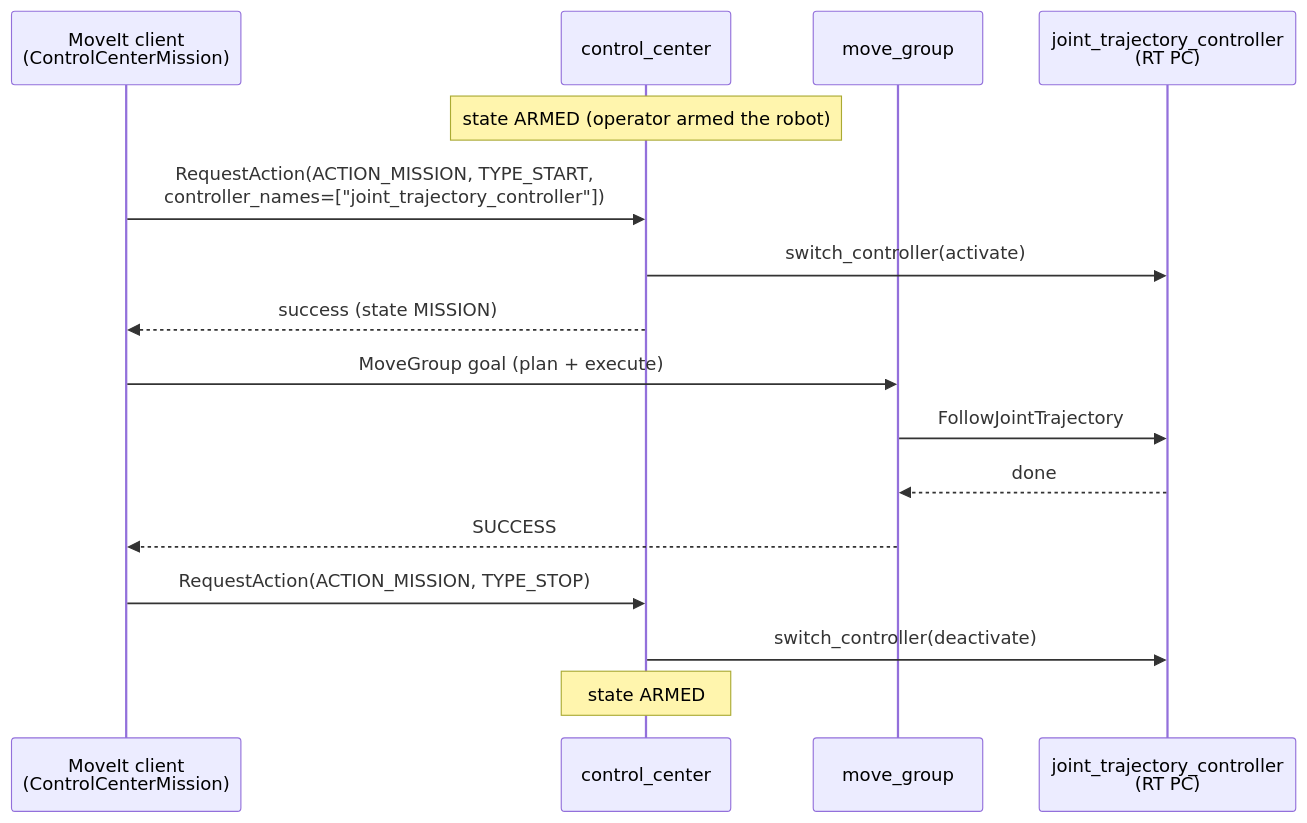
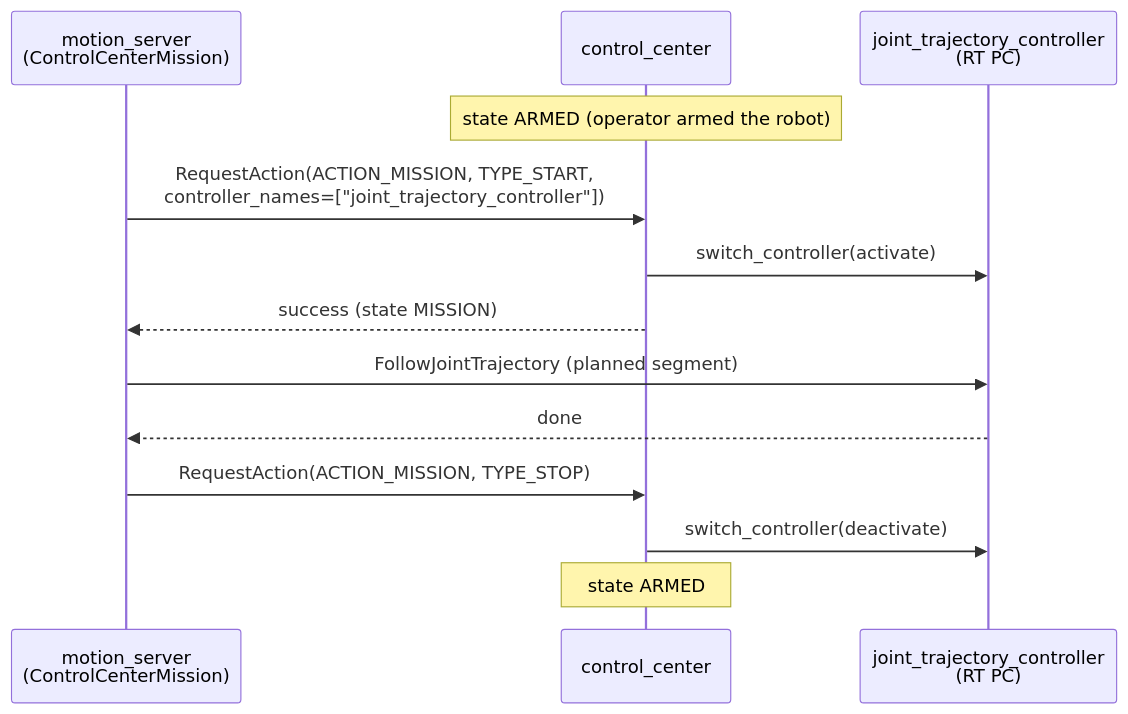
Before and after one commit to ruben01egle/robotarm_core: the second of 2 diagrams in src/robotarm_motion/README.md, drawn with Mermaid. The commit also changed other lines of this file and 12 other files, not shown here.

First line of the commit message:
robotarm_motion: goals file, programs, motion CLI and motion_server

````diff
--- a/src/robotarm_motion/README.md
+++ b/src/robotarm_motion/README.md
@@ -26,18 +212,15 @@
 ```mermaid
 sequenceDiagram
-    participant C as MoveIt client<br/>(ControlCenterMission)
+    participant C as motion_server<br/>(ControlCenterMission)
     participant CC as control_center
-    participant MG as move_group
     participant JTC as joint_trajectory_controller<br/>(RT PC)
     Note over CC: state ARMED (operator armed the robot)
     C->>CC: RequestAction(ACTION_MISSION, TYPE_START,<br/>controller_names=["joint_trajectory_controller"])
     CC->>JTC: switch_controller(activate)
     CC-->>C: success (state MISSION)
-    C->>MG: MoveGroup goal (plan + execute)
-    MG->>JTC: FollowJointTrajectory
-    JTC-->>MG: done
-    MG-->>C: SUCCESS
+    C->>JTC: FollowJointTrajectory (planned segment)
+    JTC-->>C: done
     C->>CC: RequestAction(ACTION_MISSION, TYPE_STOP)
     CC->>JTC: switch_controller(deactivate)
     Note over CC: state ARMED
 ```
````
